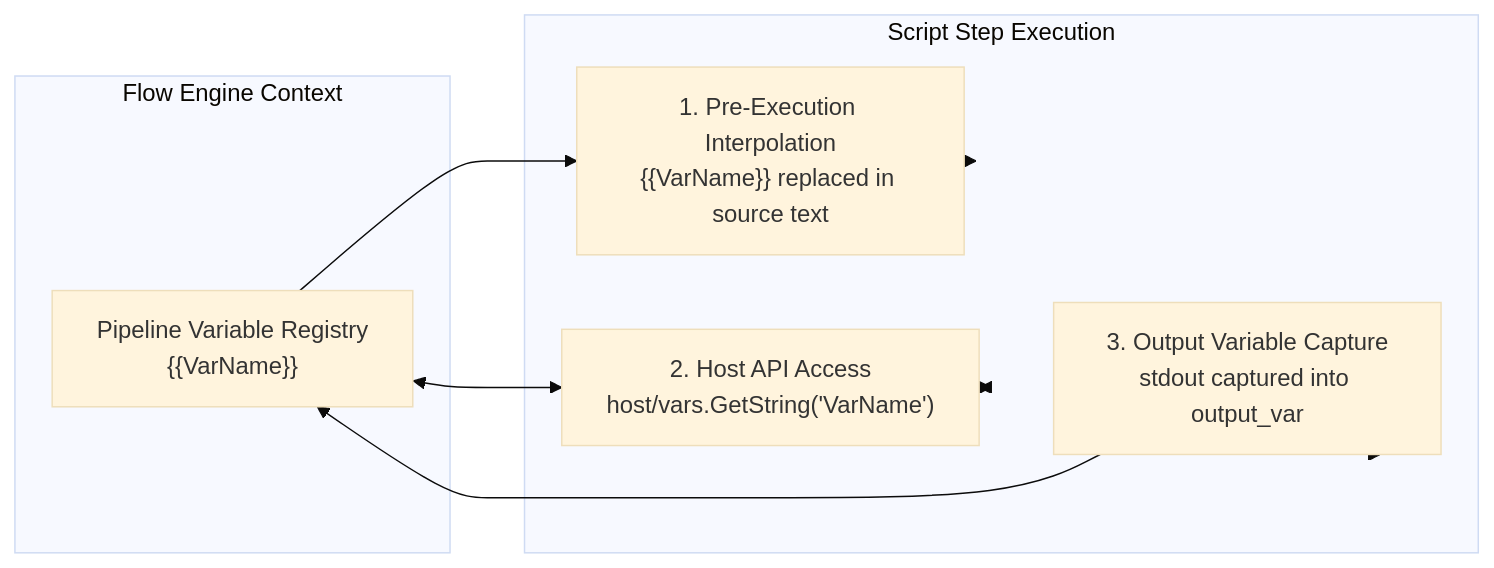
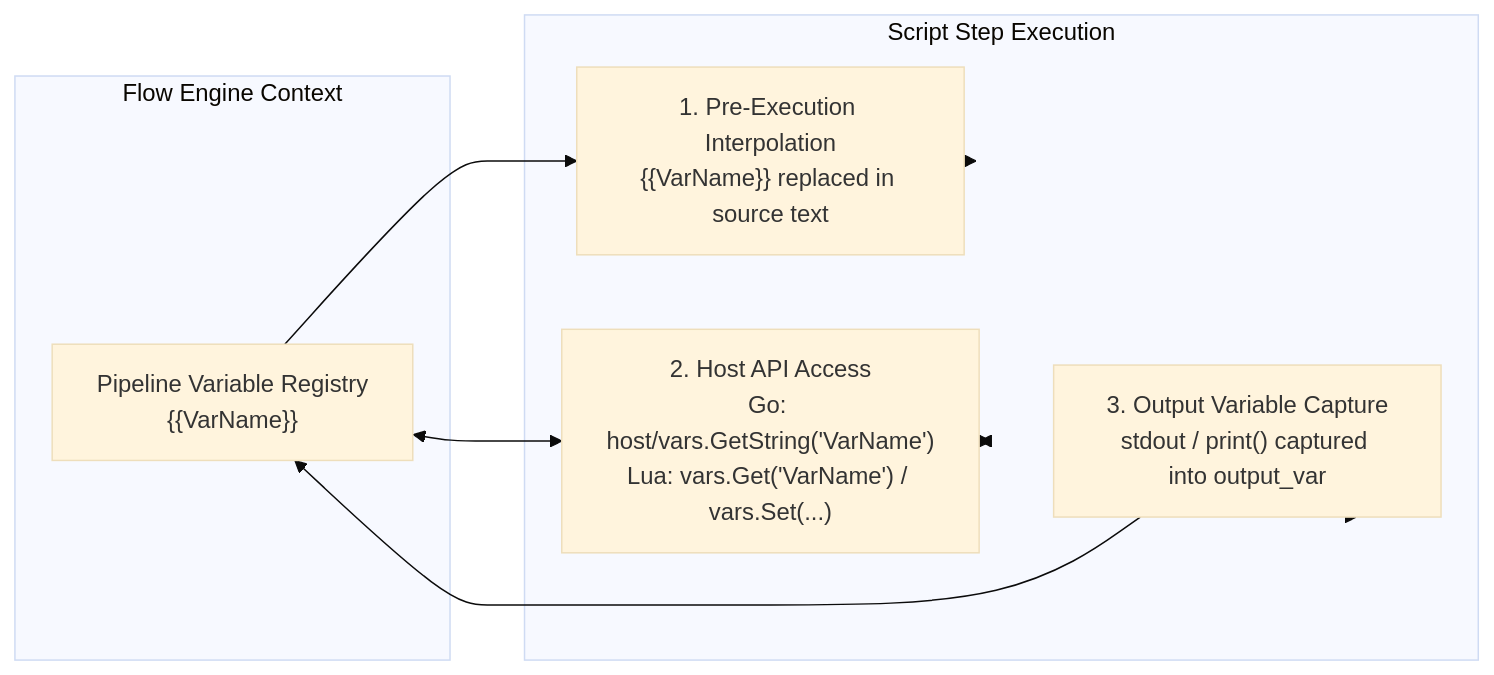
Before and after one commit to etl-madness/go-flow: the diagram in docs/script.md, drawn with Mermaid (base theme). The commit also changed other lines of this file and 9 other files, not shown here.

Commit message:
feat: updating with flowcrypto now under the flow package v1.3.5

````diff
--- a/docs/script.md
+++ b/docs/script.md
@@ -55,16 +57,16 @@
 ```mermaid
 flowchart LR
     subgraph FlowEngine ["Flow Engine Context"]
         Registry["Pipeline Variable Registry<br/>{{VarName}}"]
     end
 
     subgraph ScriptExecution ["Script Step Execution"]
         Direction1["1. Pre-Execution Interpolation<br/>{{VarName}} replaced in source text"]
-        Direction2["2. Host API Access<br/>host/vars.GetString('VarName')"]
-        Direction3["3. Output Variable Capture<br/>stdout captured into output_var"]
+        Direction2["2. Host API Access<br/>Go: host/vars.GetString('VarName')<br/>Lua: vars.Get('VarName') / vars.Set(...)"]
+        Direction3["3. Output Variable Capture<br/>stdout / print() captured into output_var"]
     end
 
     Registry --> Direction1 --> ScriptExecution
     Registry <--> Direction2 <--> ScriptExecution
     ScriptExecution --> Direction3 --> Registry
 ```
````
